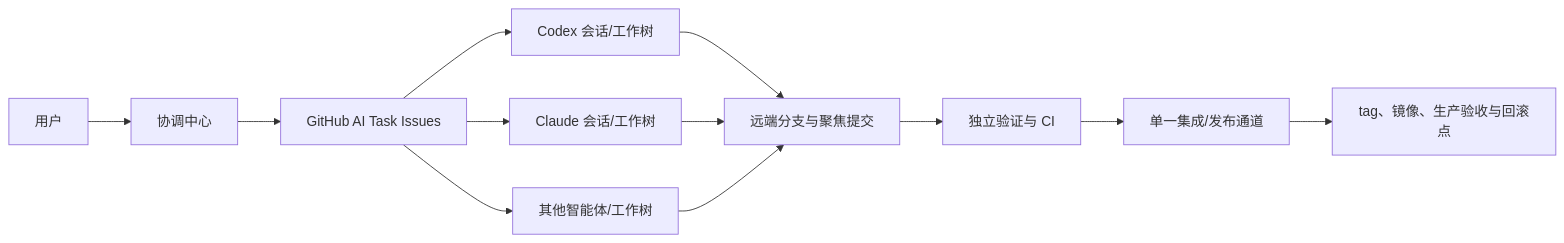
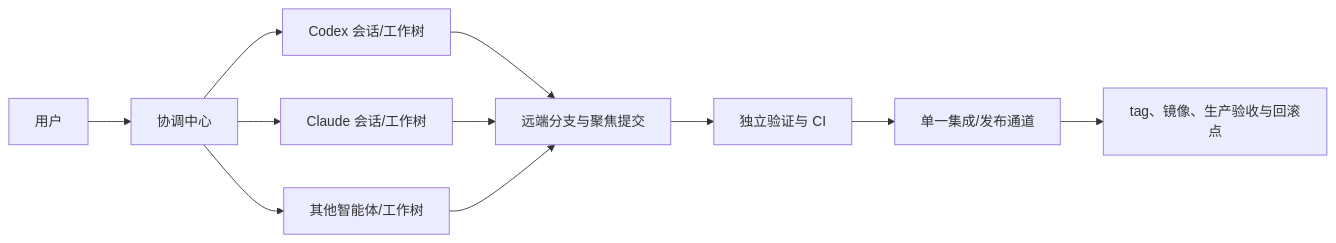
One commit to itsharex/KPanel changed the diagram in docs/multi-agent-collaboration.md. Above: the diagram before and after it, drawn with Mermaid. The commit also changed other lines of this file and 10 other files, not shown here.

````diff
--- a/docs/multi-agent-collaboration.md
+++ b/docs/multi-agent-collaboration.md
@@ -8,14 +8,13 @@
 ```mermaid
 flowchart LR
     U["用户"] --> C["协调中心"]
-    C --> I["GitHub AI Task Issues"]
-    I --> X["Codex 会话/工作树"]
-    I --> L["Claude 会话/工作树"]
-    I --> O["其他智能体/工作树"]
+    C --> X["Codex 会话/工作树"]
+    C --> L["Claude 会话/工作树"]
+    C --> O["其他智能体/工作树"]
     X --> G["远端分支与聚焦提交"]
     L --> G
     O --> G
     G --> V["独立验证与 CI"]
     V --> R["单一集成/发布通道"]
     R --> A["tag、镜像、生产验收与回滚点"]
 ```
````
